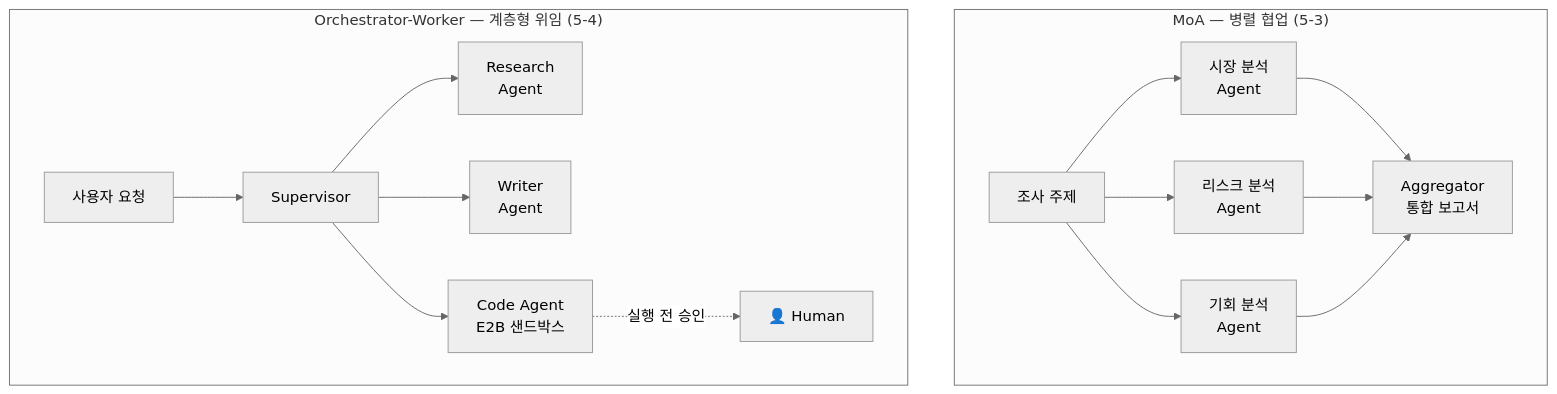
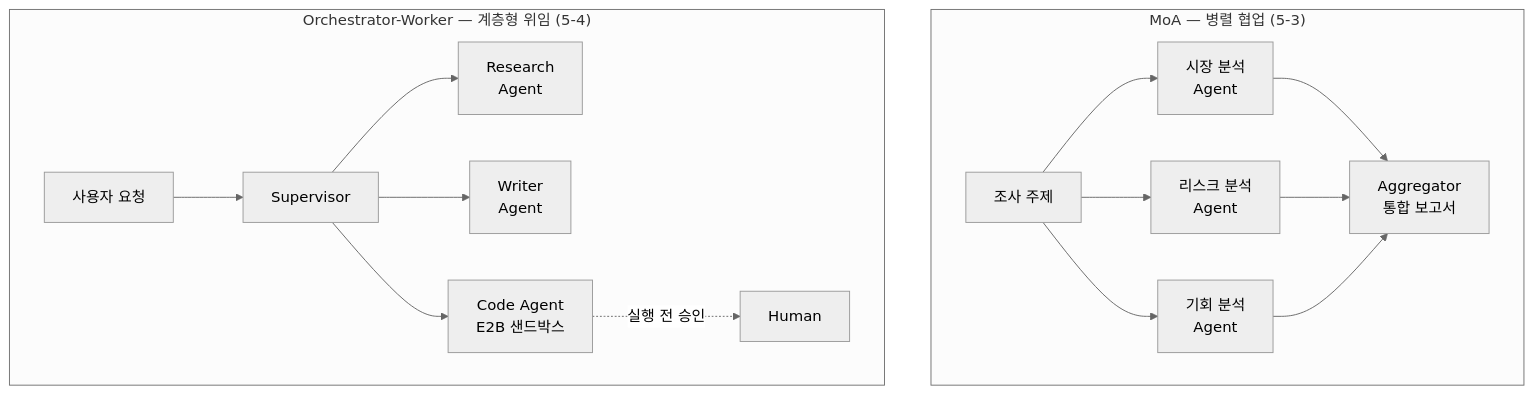
One commit to sojjeoi/genai-agent-lab changed the fourth of 4 diagrams in README.md. Above: the diagram before and after it, drawn with Mermaid (neutral theme). The commit also changed other lines of this file, not shown here.

````diff
--- a/README.md
+++ b/README.md
@@ -167,14 +167,14 @@
 ```mermaid
 flowchart TB
     subgraph MoA["MoA — 병렬 협업 (5-3)"]
         direction LR
         U1["조사 주제"] --> A1["시장 분석<br/>Agent"] & A2["리스크 분석<br/>Agent"] & A3["기회 분석<br/>Agent"]
         A1 & A2 & A3 --> AG["Aggregator<br/>통합 보고서"]
     end
     subgraph OW["Orchestrator-Worker — 계층형 위임 (5-4)"]
         direction LR
         U2["사용자 요청"] --> SV["Supervisor"]
         SV --> W1["Research<br/>Agent"] & W2["Writer<br/>Agent"] & W3["Code Agent<br/>E2B 샌드박스"]
-        W3 -. "실행 전 승인" .-> H["👤 Human"]
+        W3 -. "실행 전 승인" .-> H["Human"]
     end
 ```
````
